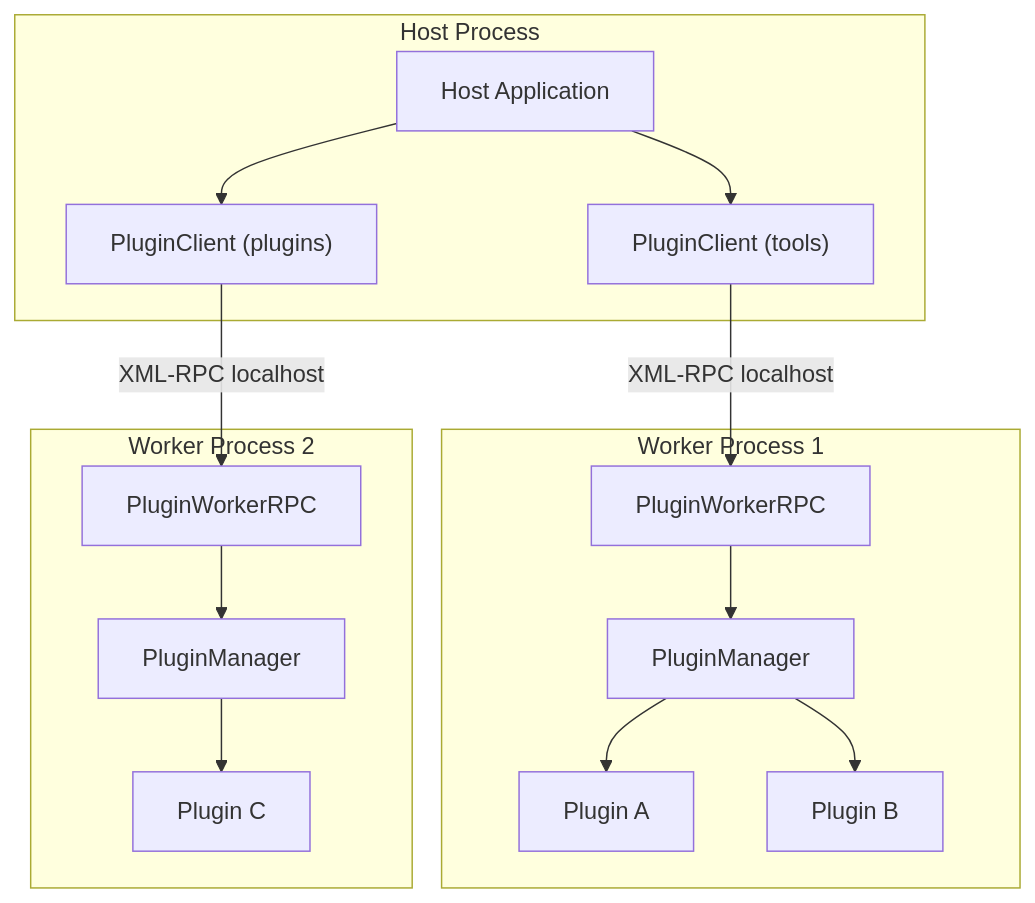
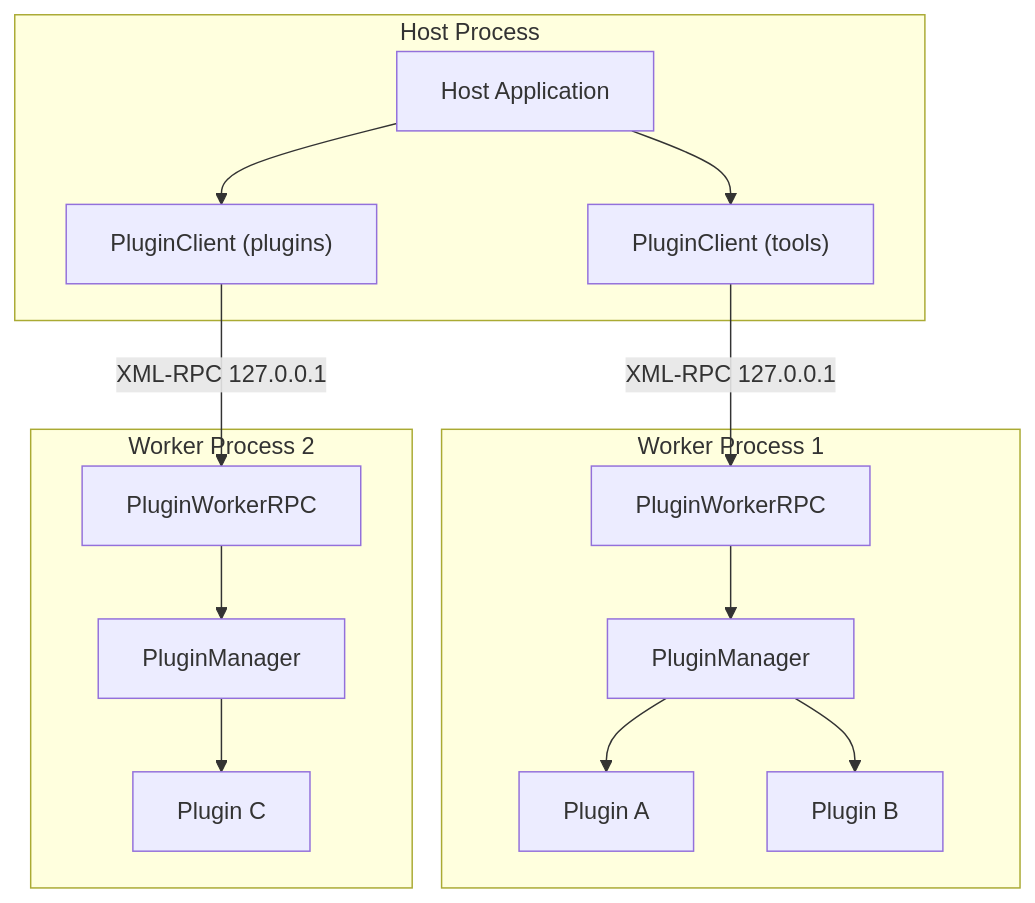
The first of 4 diagrams in doc/docs/architecture/overview.md (vxlk/evoker), drawn with Mermaid before and after one commit. The commit also changed other lines of this file and 51 other files, not shown here.

````diff
--- a/doc/docs/architecture/overview.md
+++ b/doc/docs/architecture/overview.md
@@ -25,28 +25,28 @@
 ```mermaid
 graph TB
     subgraph Host Process
         HA[Host Application]
         PC1["PluginClient (tools)"]
         PC2["PluginClient (plugins)"]
     end
     subgraph Worker Process 1
         W1[PluginWorkerRPC]
         PM1[PluginManager]
         P1[Plugin A]
         P2[Plugin B]
     end
     subgraph Worker Process 2
         W2[PluginWorkerRPC]
         PM2[PluginManager]
         P3[Plugin C]
     end
     HA --> PC1
     HA --> PC2
-    PC1 -->|XML-RPC localhost| W1
-    PC2 -->|XML-RPC localhost| W2
+    PC1 -->|XML-RPC 127.0.0.1| W1
+    PC2 -->|XML-RPC 127.0.0.1| W2
     W1 --> PM1
     PM1 --> P1
     PM1 --> P2
     W2 --> PM2
     PM2 --> P3
 ```
````
